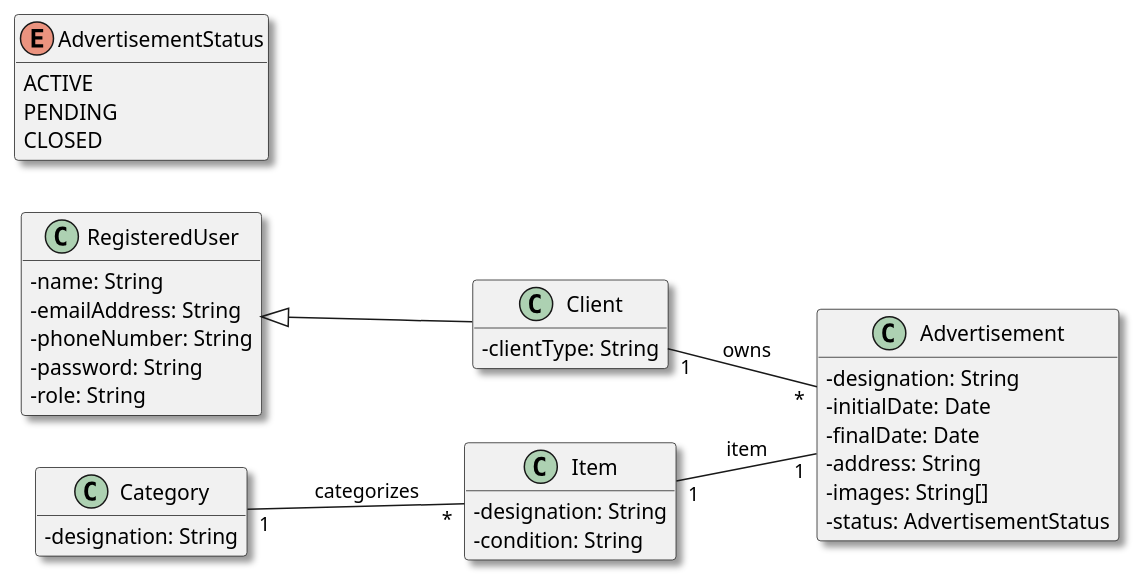
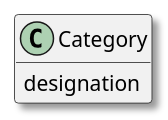
One commit to vivianeaalmeida/ComeAndGet changed the diagram in Docs/US03/02-analysis/US03-DM.puml. Above: the diagram before and after it, drawn with PlantUML. The commit also changed 5 other files, not shown here.

```diff
--- a/Docs/US03/02-analysis/US03-DM.puml
+++ b/Docs/US03/02-analysis/US03-DM.puml
@@ -1,50 +1,13 @@
 @startuml
 skinparam monochrome false
 skinparam packageStyle rectangle
 skinparam shadowing true
 left to right direction
 skinparam classAttributeIconSize 0
 hide methods
 
-class RegisteredUser {
-    - name: String
-    - emailAddress: String
-    - phoneNumber: String
-    - password: String
-    - role: String
+class Category {
+    designation
 }
 
-class Client {
-    - clientType: String
-}
-
-class Category {
-    - designation: String
-}
-
-class Item {
-    - designation: String
-    - condition: String
-}
-
-class Advertisement {
-    - designation: String
-    - initialDate: Date
-    - finalDate: Date
-    - address: String
-    - images: String[]
-    - status: AdvertisementStatus
-}
-
-enum AdvertisementStatus {
-    ACTIVE
-    PENDING
-    CLOSED
-}
-
-' --- Associações ---
-RegisteredUser <|-- Client
-Client "1" -- "*" Advertisement : owns
-Item "1" -- "1" Advertisement : item
-Category "1" -- "*" Item : categorizes
 @enduml
```
